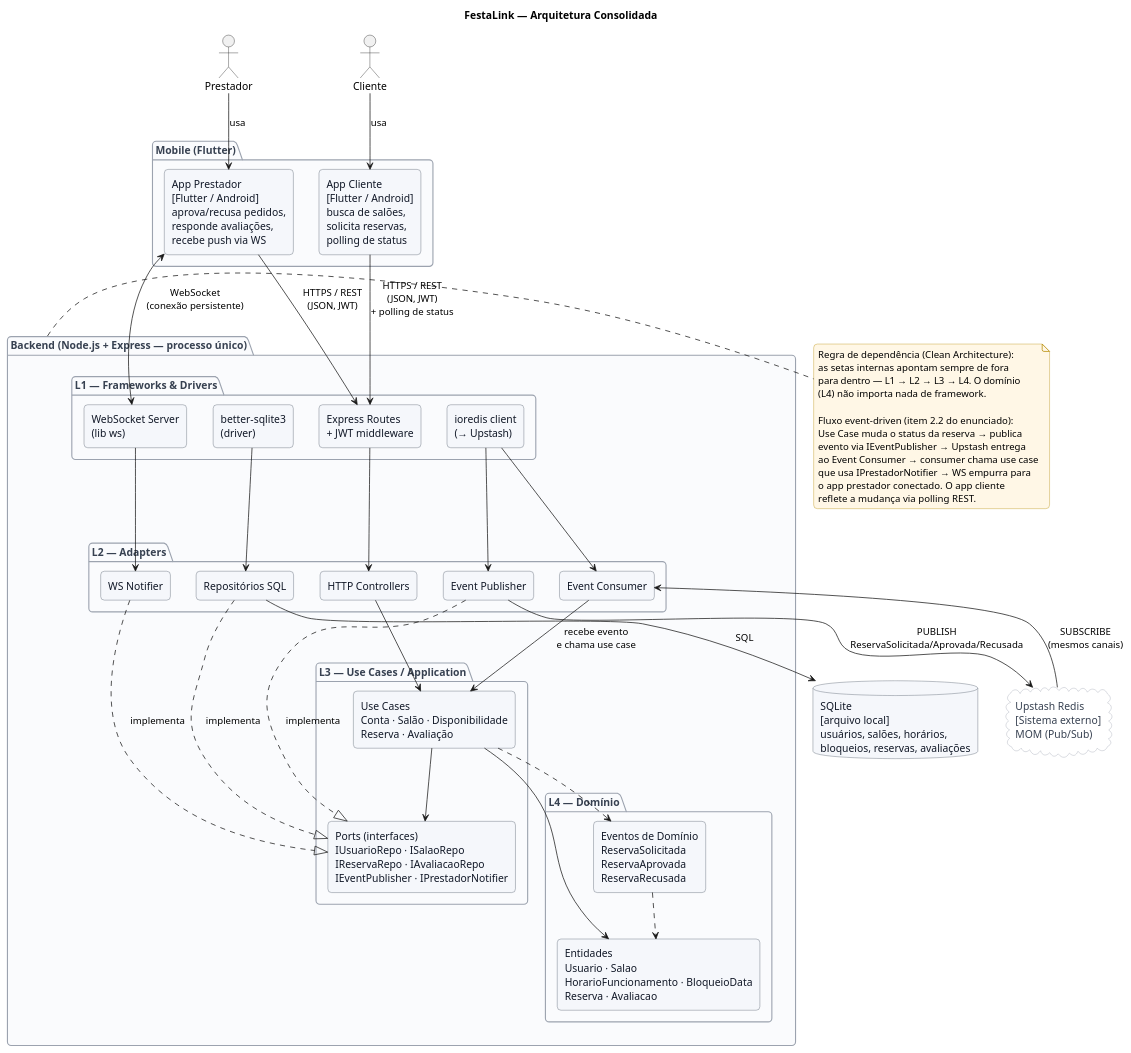
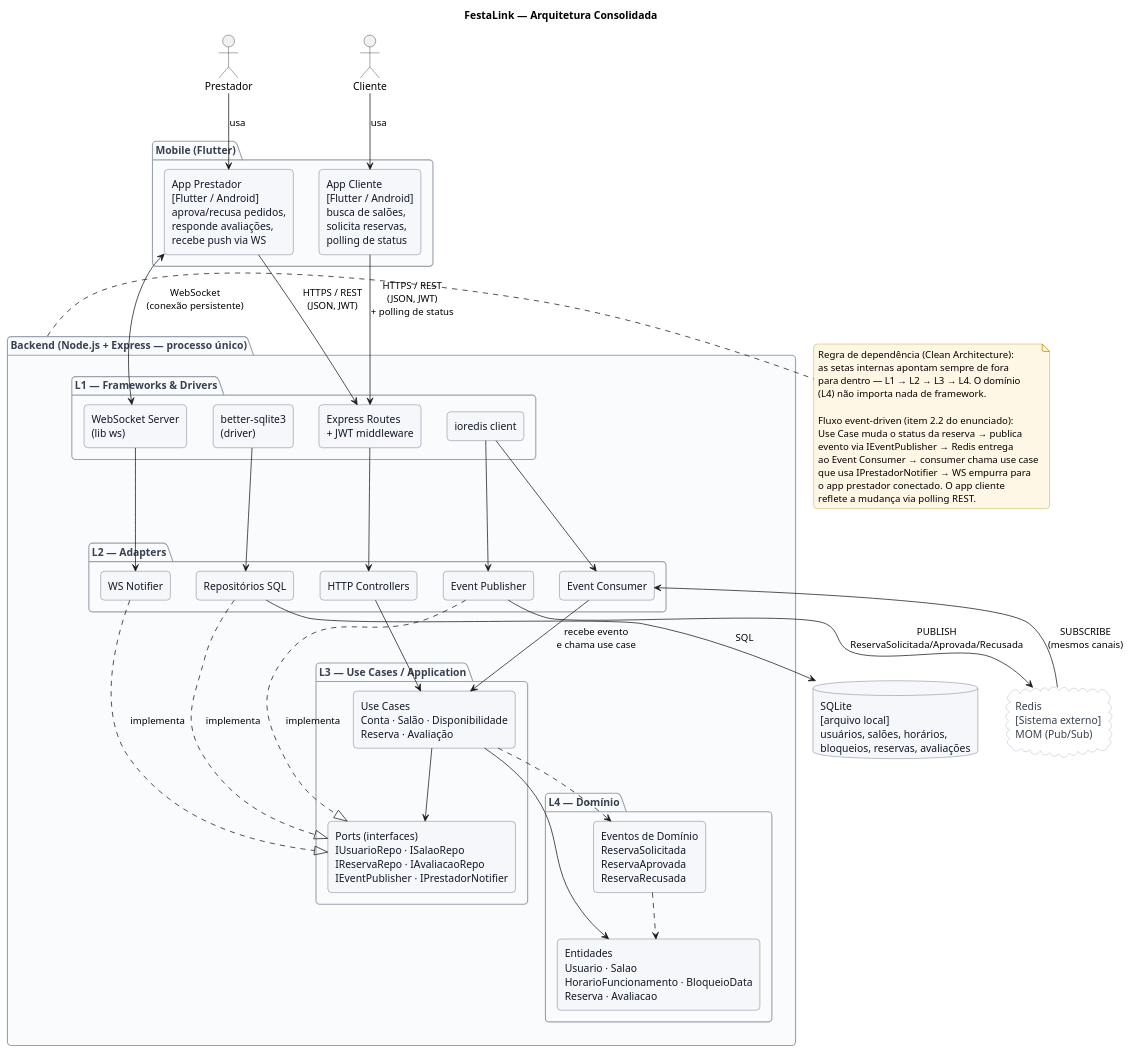
Before and after one commit to MiguelMagCastro/festalink_app: the diagram in docs/diagrams/14-arquitetura.puml, drawn with PlantUML. The commit also changed 8 other files, not shown here.

Commit message:
docs: ajusta referencias de redis (containerizado em vez de upstash)

```diff
--- a/docs/diagrams/14-arquitetura.puml
+++ b/docs/diagrams/14-arquitetura.puml
@@ -1,117 +1,117 @@
 @startuml
 title FestaLink — Arquitetura Consolidada
 
 skinparam backgroundColor #FFFFFF
 skinparam shadowing false
 skinparam roundCorner 10
 skinparam defaultFontName "Helvetica"
 skinparam rectangle {
   BackgroundColor #F5F7FB
   BorderColor #4B5563
   FontColor #111827
 }
 skinparam database {
   BackgroundColor #F5F7FB
   BorderColor #4B5563
   FontColor #111827
 }
 skinparam cloud {
   BackgroundColor #FFFFFF
   BorderColor #9CA3AF
   FontColor #374151
 }
 skinparam package {
   BackgroundColor #FAFBFD
   BorderColor #9CA3AF
   FontColor #374151
 }
 skinparam note {
   BackgroundColor #FFF7E6
   BorderColor #B58900
 }
 
 actor "Cliente" as cli
 actor "Prestador" as pres
 
 package "Mobile (Flutter)" as mob {
   rectangle "App Cliente\n[Flutter / Android]\nbusca de salões,\nsolicita reservas,\npolling de status" as appCli
   rectangle "App Prestador\n[Flutter / Android]\naprova/recusa pedidos,\nresponde avaliações,\nrecebe push via WS" as appPres
 }
 
 package "Backend (Node.js + Express — processo único)" as backend {
 
   package "L1 — Frameworks & Drivers" as L1 {
     rectangle "Express Routes\n+ JWT middleware" as routes
     rectangle "WebSocket Server\n(lib ws)" as wssetup
-    rectangle "ioredis client\n(→ Upstash)" as redisc
+    rectangle "ioredis client" as redisc
     rectangle "better-sqlite3\n(driver)" as dbinit
   }
 
   package "L2 — Adapters" as L2 {
     rectangle "HTTP Controllers" as ctrl
     rectangle "Repositórios SQL" as repo
     rectangle "Event Publisher" as pub
     rectangle "Event Consumer" as cons
     rectangle "WS Notifier" as wsn
   }
 
   package "L3 — Use Cases / Application" as L3 {
     rectangle "Use Cases\nConta · Salão · Disponibilidade\nReserva · Avaliação" as uc
     rectangle "Ports (interfaces)\nIUsuarioRepo · ISalaoRepo\nIReservaRepo · IAvaliacaoRepo\nIEventPublisher · IPrestadorNotifier" as ports
   }
 
   package "L4 — Domínio" as L4 {
     rectangle "Entidades\nUsuario · Salao\nHorarioFuncionamento · BloqueioData\nReserva · Avaliacao" as ent
     rectangle "Eventos de Domínio\nReservaSolicitada\nReservaAprovada\nReservaRecusada" as evs
   }
 }
 
 database "SQLite\n[arquivo local]\nusuários, salões, horários,\nbloqueios, reservas, avaliações" as db
 
-cloud "Upstash Redis\n[Sistema externo]\nMOM (Pub/Sub)" as redis
+cloud "Redis\n[Sistema externo]\nMOM (Pub/Sub)" as redis
 
 cli --> appCli : usa
 pres --> appPres : usa
 
 appCli --> routes : HTTPS / REST\n(JSON, JWT)\n+ polling de status
 appPres --> routes : HTTPS / REST\n(JSON, JWT)
 appPres <--> wssetup : WebSocket\n(conexão persistente)
 
 routes --> ctrl
 wssetup --> wsn
 redisc --> pub
 redisc --> cons
 dbinit --> repo
 
 ctrl --> uc
 cons --> uc : recebe evento\ne chama use case
 
 repo ..|> ports : implementa
 pub ..|> ports : implementa
 wsn ..|> ports : implementa
 
 uc --> ports
 uc --> ent
 uc ..> evs
 evs ..> ent
 
 repo --> db : SQL
 pub --> redis : PUBLISH\nReservaSolicitada/Aprovada/Recusada
 cons <-- redis : SUBSCRIBE\n(mesmos canais)
 
 note right of backend
   Regra de dependência (Clean Architecture):
   as setas internas apontam sempre de fora
   para dentro — L1 → L2 → L3 → L4. O domínio
   (L4) não importa nada de framework.
 
   Fluxo event-driven (item 2.2 do enunciado):
   Use Case muda o status da reserva → publica
-  evento via IEventPublisher → Upstash entrega
+  evento via IEventPublisher → Redis entrega
   ao Event Consumer → consumer chama use case
   que usa IPrestadorNotifier → WS empurra para
   o app prestador conectado. O app cliente
   reflete a mudança via polling REST.
 end note
 
 @enduml
```
